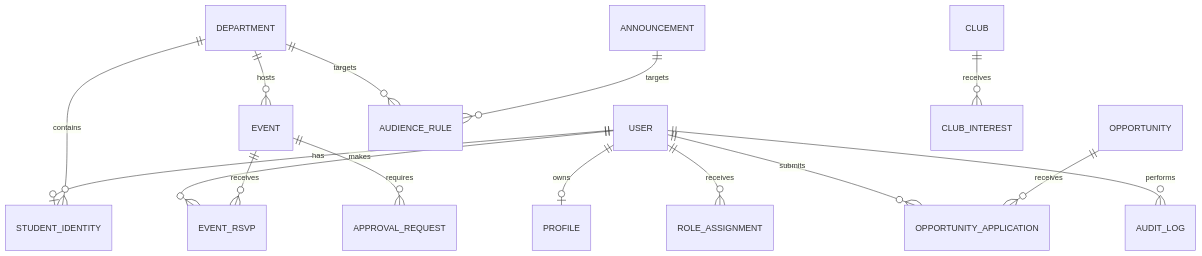
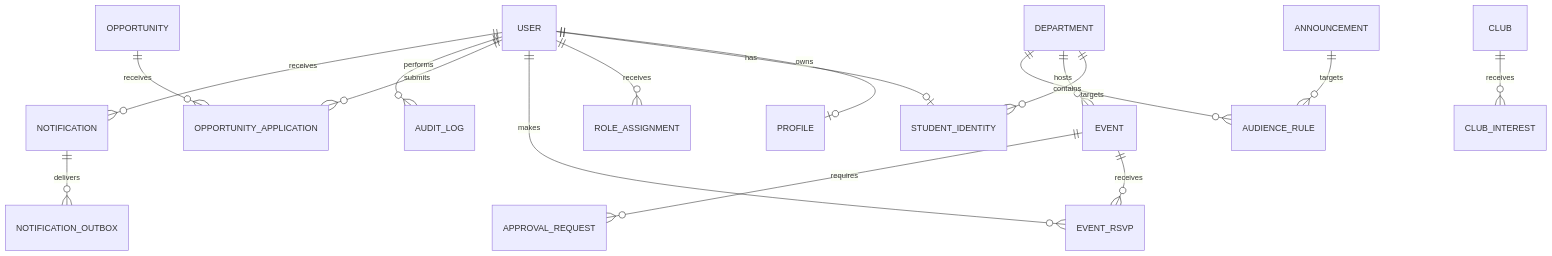
The diagram in docs/database-design.md (AbhishekBalija/Links), drawn with Mermaid before and after one commit. The commit also changed other lines of this file and 12 other files, not shown here.

````diff
--- a/docs/database-design.md
+++ b/docs/database-design.md
@@ -28,20 +28,22 @@
 ```mermaid
 erDiagram
     USER ||--o| PROFILE : owns
     USER ||--o| STUDENT_IDENTITY : has
     USER ||--o{ ROLE_ASSIGNMENT : receives
     USER ||--o{ EVENT_RSVP : makes
     USER ||--o{ OPPORTUNITY_APPLICATION : submits
     USER ||--o{ AUDIT_LOG : performs
+    USER ||--o{ NOTIFICATION : receives
 
     DEPARTMENT ||--o{ STUDENT_IDENTITY : contains
     DEPARTMENT ||--o{ EVENT : hosts
     DEPARTMENT ||--o{ AUDIENCE_RULE : targets
 
     ANNOUNCEMENT ||--o{ AUDIENCE_RULE : targets
     EVENT ||--o{ EVENT_RSVP : receives
     EVENT ||--o{ APPROVAL_REQUEST : requires
 
     OPPORTUNITY ||--o{ OPPORTUNITY_APPLICATION : receives
     CLUB ||--o{ CLUB_INTEREST : receives
+    NOTIFICATION ||--o{ NOTIFICATION_OUTBOX : delivers
 ```
````
